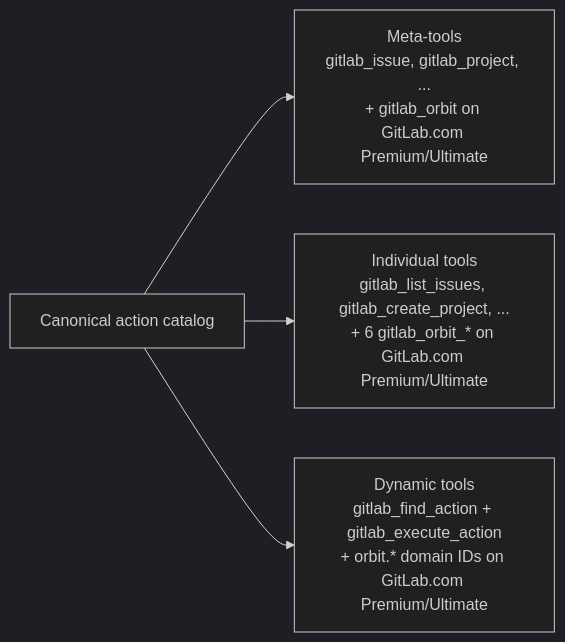
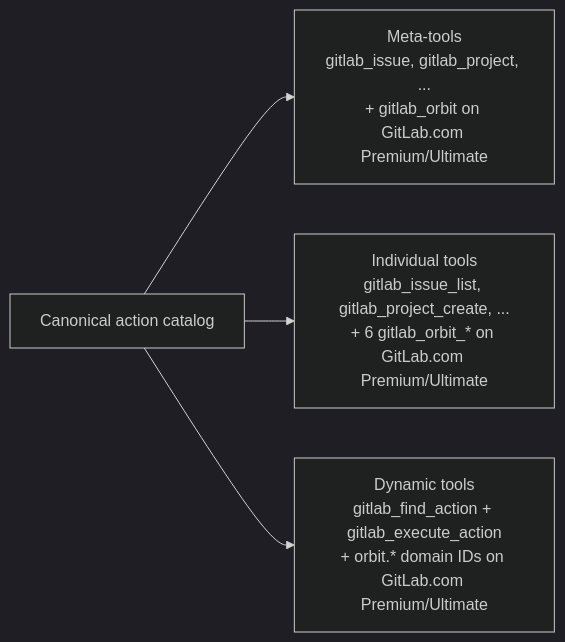
The fourth of 12 diagrams in docs/concepts/architecture.md (jmrplens/gitlab-mcp-server), drawn with Mermaid (dark theme) before and after one commit. The commit also changed other lines of this file and 112 other files, not shown here.

````diff
--- a/docs/concepts/architecture.md
+++ b/docs/concepts/architecture.md
@@ -267,6 +267,6 @@
 ```mermaid
 graph LR
     catalog[Canonical action catalog] --> meta["Meta-tools<br/>gitlab_issue, gitlab_project, ...<br/>+ gitlab_orbit on GitLab.com Premium/Ultimate"]
-    catalog --> individual["Individual tools<br/>gitlab_list_issues, gitlab_create_project, ...<br/>+ 6 gitlab_orbit_* on GitLab.com Premium/Ultimate"]
+    catalog --> individual["Individual tools<br/>gitlab_issue_list, gitlab_project_create, ...<br/>+ 6 gitlab_orbit_* on GitLab.com Premium/Ultimate"]
     catalog --> dynamic["Dynamic tools<br/>gitlab_find_action + gitlab_execute_action<br/>+ orbit.* domain IDs on GitLab.com Premium/Ultimate"]
 ```
````
